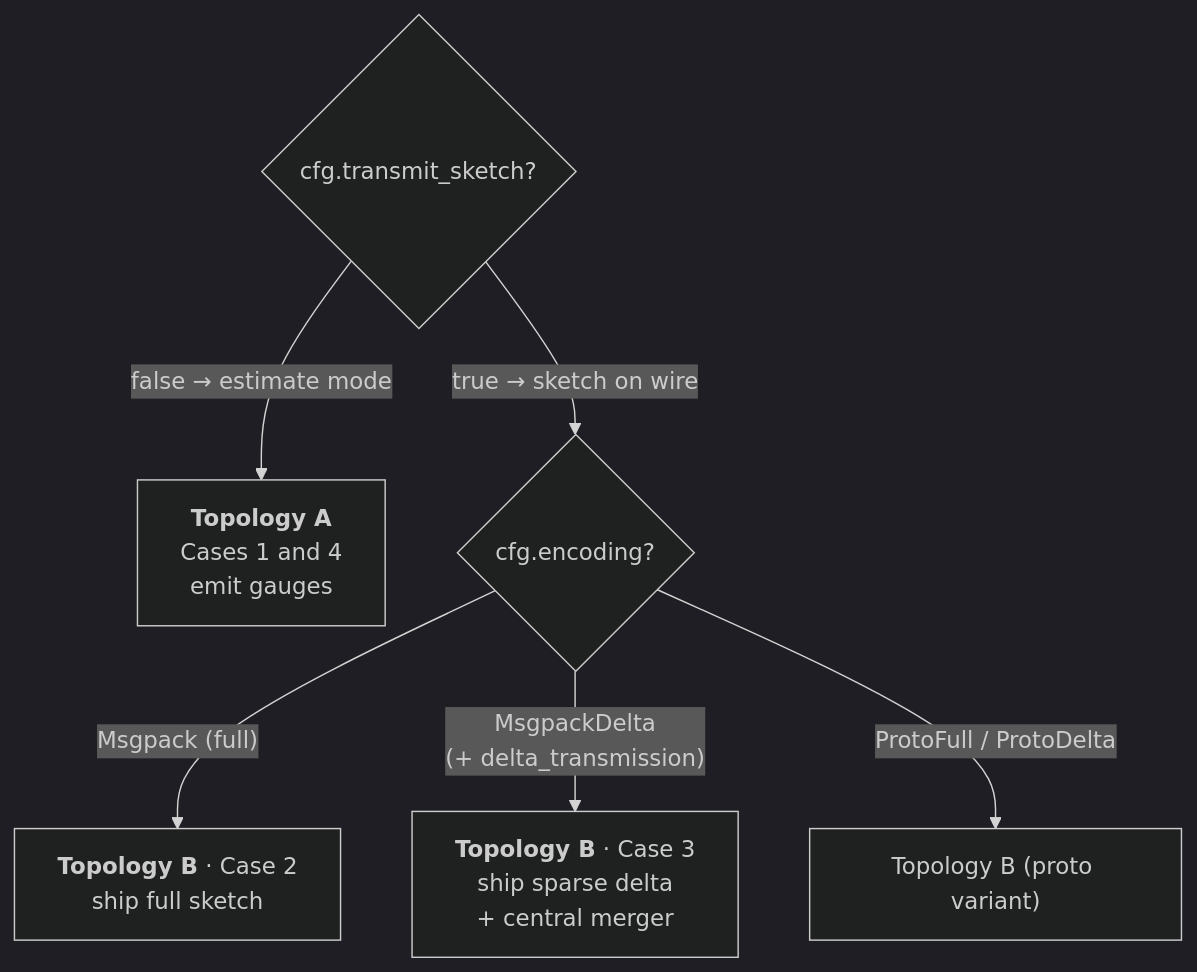
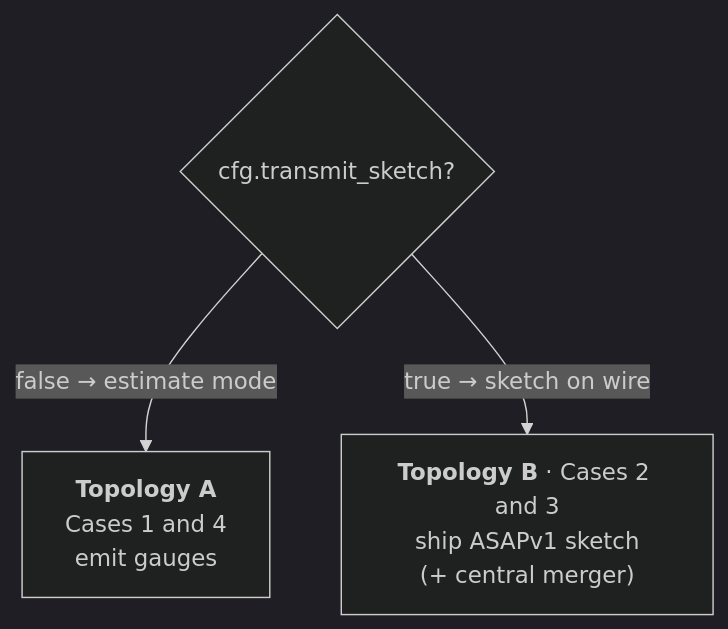
One commit to ProjectASAP/ASAPCollector-public changed the third of 3 diagrams in docs/df-processor-topology.md. Above: the diagram before and after it, drawn with Mermaid (dark theme). The commit also changed other lines of this file and 60 other files, not shown here.

First line of the commit message:
Remove legacy code; serialize every sketch as ASAPv1 only (#23)

````diff
--- a/docs/df-processor-topology.md
+++ b/docs/df-processor-topology.md
@@ -82,9 +80,6 @@
 ```mermaid
 flowchart TD
   C{"cfg.transmit_sketch?"}
   C -->|"false → estimate mode"| A["<b>Topology A</b><br/>Cases 1 and 4<br/>emit gauges"]
-  C -->|"true → sketch on wire"| D{"cfg.encoding?"}
-  D -->|"Msgpack (full)"| B2["<b>Topology B</b> · Case 2<br/>ship full sketch"]
-  D -->|"MsgpackDelta<br/>(+ delta_transmission)"| B3["<b>Topology B</b> · Case 3<br/>ship sparse delta<br/>+ central merger"]
-  D -->|"ProtoFull / ProtoDelta"| B4["Topology B (proto variant)"]
+  C -->|"true → sketch on wire"| B2["<b>Topology B</b> · Cases 2 and 3<br/>ship ASAPv1 sketch<br/>(+ central merger)"]
 ```
````
